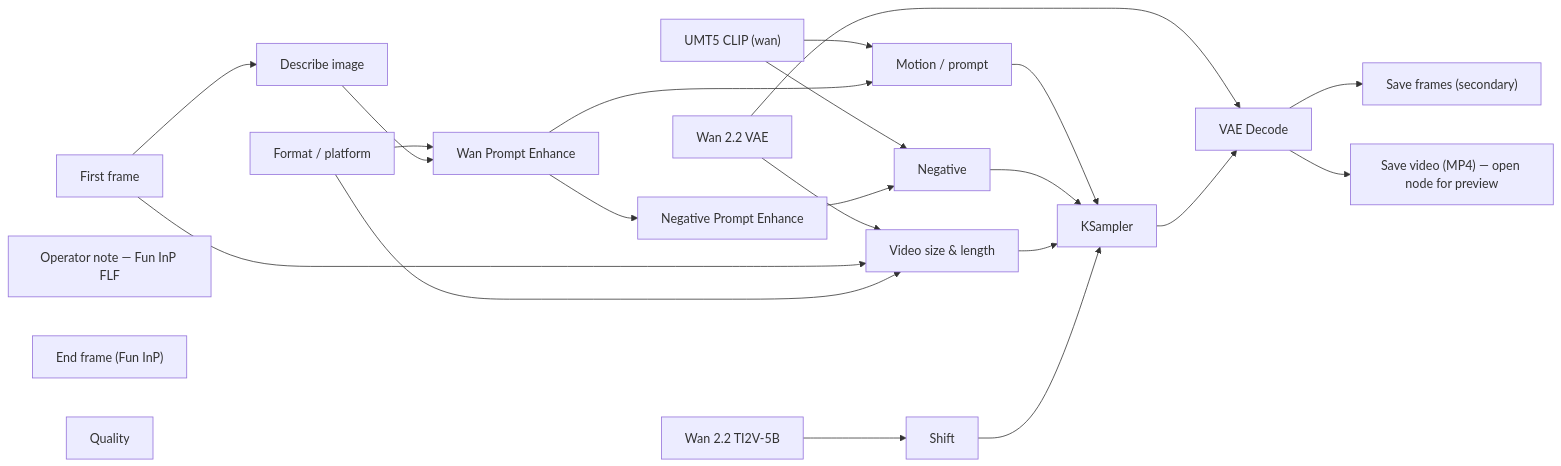
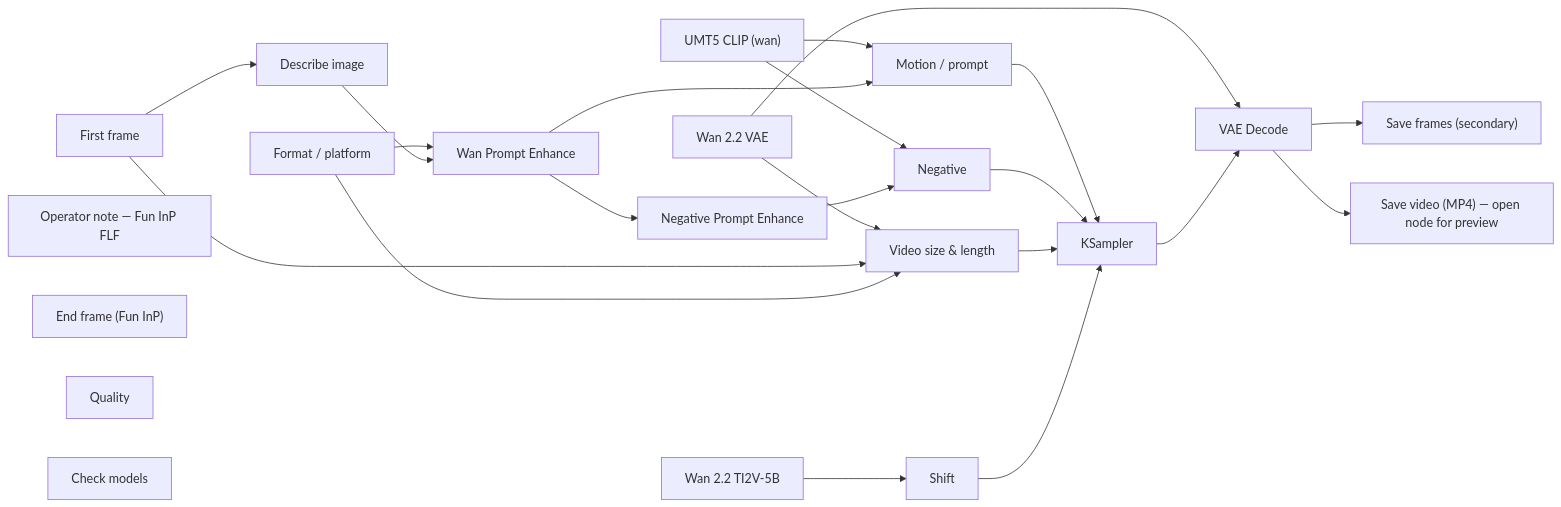
One commit to toxicoder/ez-comfy-stack changed the diagram in docs/generated/workflows/motion/silent/first-last-5s.md. Above: the diagram before and after it, drawn with Mermaid. The commit also changed other lines of this file and 1106 other files, not shown here.

First line of the commit message:
feat: add Check models node to every lab App

````diff
--- a/docs/generated/workflows/motion/silent/first-last-5s.md
+++ b/docs/generated/workflows/motion/silent/first-last-5s.md
@@ -50,42 +50,43 @@
 ```mermaid
 flowchart LR
   N1["Wan 2.2 TI2V-5B"]
   N2["UMT5 CLIP (wan)"]
   N3["Wan 2.2 VAE"]
   N4["First frame"]
   N6["Motion / prompt"]
   N7["Negative"]
   N8["Video size & length"]
   N9["Shift"]
   N10["KSampler"]
   N11["VAE Decode"]
   N12["Save frames (secondary)"]
   N13["Save video (MP4) — open node for preview"]
   N14["Operator note — Fun InP FLF"]
   N15["Wan Prompt Enhance"]
   N16["End frame (Fun InP)"]
   N17["Negative Prompt Enhance"]
   N18["Quality"]
   N19["Format / platform"]
   N20["Describe image"]
+  N21["Check models"]
   N1 --> N9
   N2 --> N6
   N2 --> N7
   N3 --> N8
   N3 --> N11
   N4 --> N8
   N4 --> N20
   N6 --> N10
   N7 --> N10
   N8 --> N10
   N9 --> N10
   N10 --> N11
   N11 --> N12
   N11 --> N13
   N15 --> N6
   N15 --> N17
   N17 --> N7
   N19 --> N8
   N19 --> N15
   N20 --> N15
 ```
````
